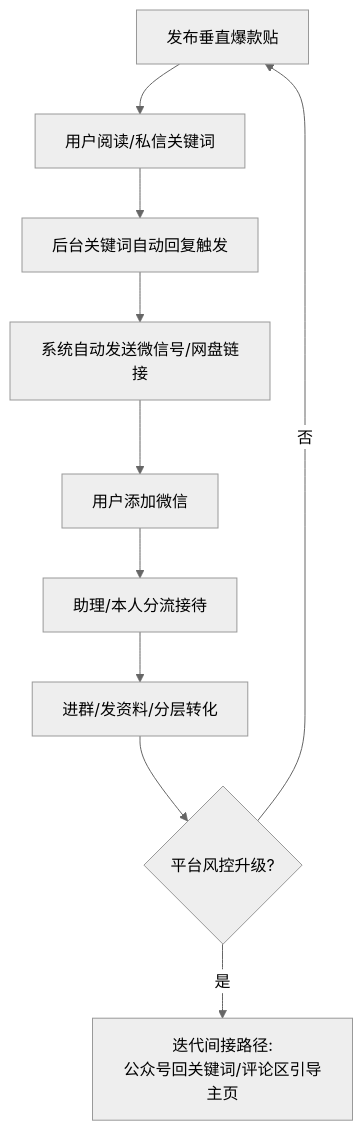
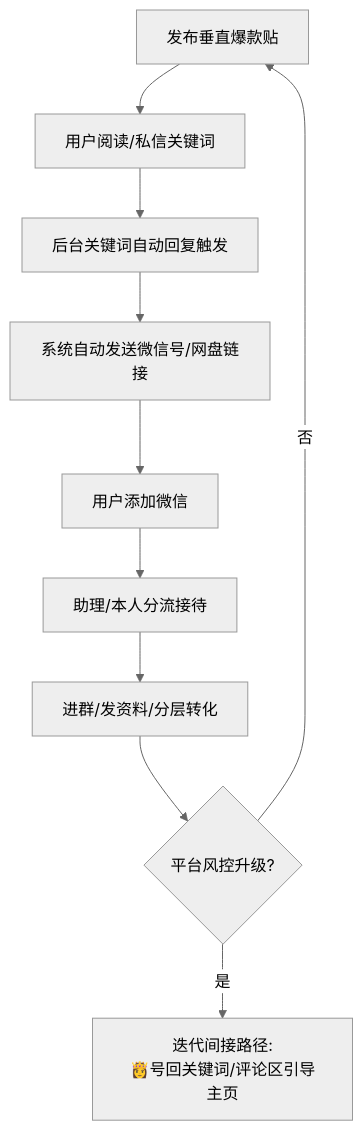
One commit to OpenDocCN1/flygon-zhuanqian-zhoubao changed the third of 6 diagrams in docs/202305_paper2textbook/asset/body_fix_fbb779ed200e1633a5b2d394615b6be4_b9c9c29b1b0794b10bd1662831ce26cc_96bfc3ca4996560fc905bdad7e7bccca_ecf38e372cae982b50e821d56e012592.md. Above: the diagram before and after it, drawn with Mermaid (neutral theme). The commit also changed other lines of this file and 6688 other files, not shown here.

````diff
--- a/docs/202305_paper2textbook/asset/body_fix_fbb779ed200e1633a5b2d394615b6be4_b9c9c29b1b0794b10bd1662831ce26cc_96bfc3ca4996560fc905bdad7e7bccca_ecf38e372cae982b50e821d56e012592.md
+++ b/docs/202305_paper2textbook/asset/body_fix_fbb779ed200e1633a5b2d394615b6be4_b9c9c29b1b0794b10bd1662831ce26cc_96bfc3ca4996560fc905bdad7e7bccca_ecf38e372cae982b50e821d56e012592.md
@@ -215,12 +215,12 @@
 ```mermaid
 flowchart TD
     A[发布垂直爆款贴] --> B[用户阅读/私信关键词]
     B --> C[后台关键词自动回复触发]
     C --> D[系统自动发送微信号/网盘链接]
     D --> E[用户添加微信]
     E --> F[助理/本人分流接待]
     F --> G[进群/发资料/分层转化]
     G --> H{平台风控升级?}
-    H -- 是 --> I[迭代间接路径:\n公众号回关键词/评论区引导主页]
+    H -- 是 --> I[迭代间接路径:\n👸号回关键词/评论区引导主页]
     H -- 否 --> A
 ```
````
